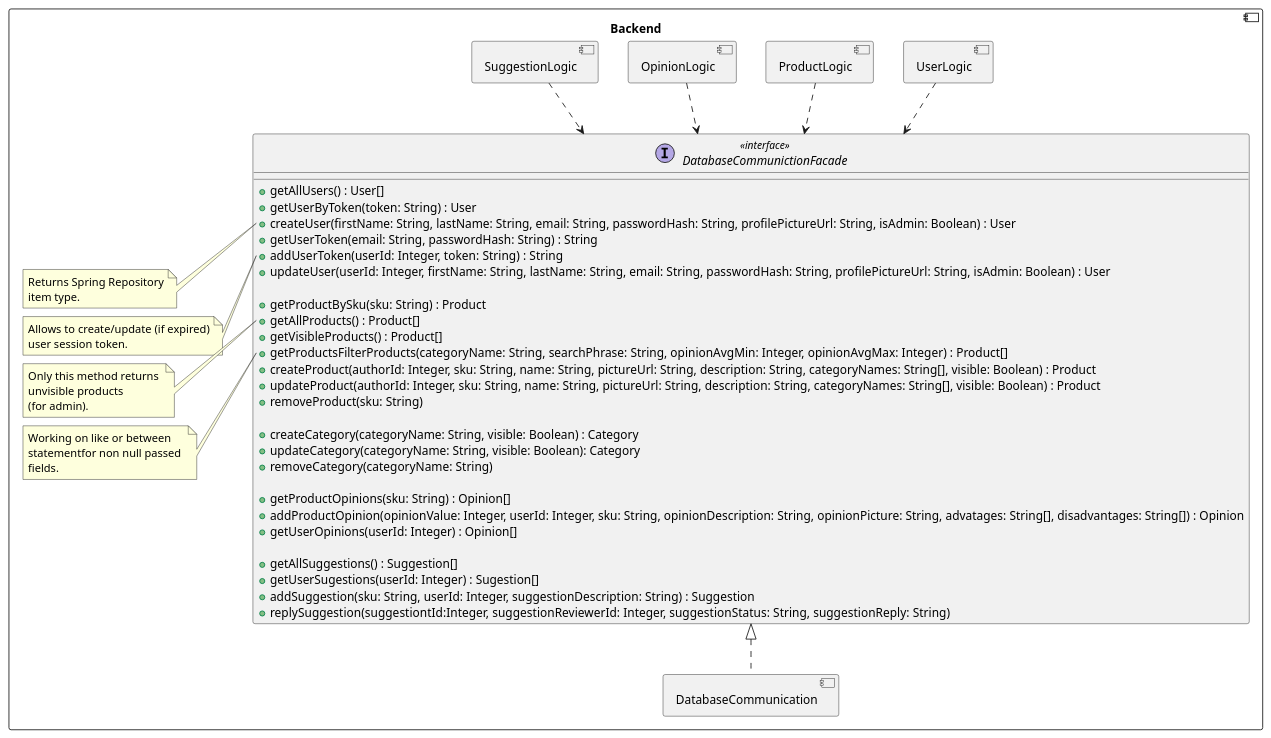
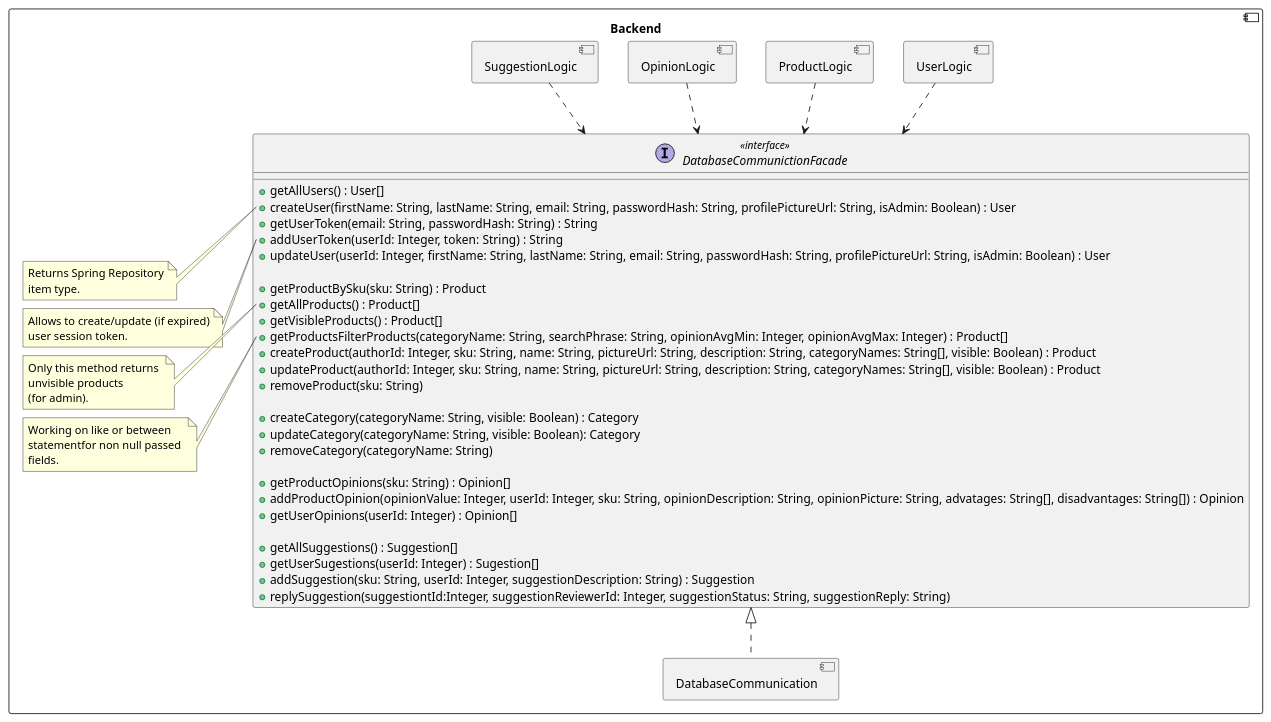
One commit to RadekBucki/OpinionCollectorArchitecture changed the second of 2 diagrams in backend/DatabaseCommunication.md. Above: the diagram before and after it, drawn with PlantUML. The commit also changed 1 other file, not shown here.

Commit message:
Update to auth

````diff
--- a/backend/DatabaseCommunication.md
+++ b/backend/DatabaseCommunication.md
@@ -27,75 +27,74 @@
 ```plantuml
 @startuml
 component Backend {
     component UserLogic {
     }
     component ProductLogic {
     }
     component OpinionLogic {
     }
     component SuggestionLogic {
     }
     
     component DatabaseCommunication {
     }
     
     interface DatabaseCommunictionFacade <<interface>> {
         + getAllUsers() : User[]
-        + getUserByToken(token: String) : User
         + createUser(firstName: String, lastName: String, email: String, passwordHash: String, profilePictureUrl: String, isAdmin: Boolean) : User
         + getUserToken(email: String, passwordHash: String) : String
         + addUserToken(userId: Integer, token: String) : String
         + updateUser(userId: Integer, firstName: String, lastName: String, email: String, passwordHash: String, profilePictureUrl: String, isAdmin: Boolean) : User
     
         + getProductBySku(sku: String) : Product
         + getAllProducts() : Product[]
         + getVisibleProducts() : Product[]
         + getProductsFilterProducts(categoryName: String, searchPhrase: String, opinionAvgMin: Integer, opinionAvgMax: Integer) : Product[]
         + createProduct(authorId: Integer, sku: String, name: String, pictureUrl: String, description: String, categoryNames: String[], visible: Boolean) : Product
         + updateProduct(authorId: Integer, sku: String, name: String, pictureUrl: String, description: String, categoryNames: String[], visible: Boolean) : Product
         + removeProduct(sku: String)
 
         + createCategory(categoryName: String, visible: Boolean) : Category
         + updateCategory(categoryName: String, visible: Boolean): Category
         + removeCategory(categoryName: String)
         
         + getProductOpinions(sku: String) : Opinion[]
         + addProductOpinion(opinionValue: Integer, userId: Integer, sku: String, opinionDescription: String, opinionPicture: String, advatages: String[], disadvantages: String[]) : Opinion
         + getUserOpinions(userId: Integer) : Opinion[]
         
         + getAllSuggestions() : Suggestion[]
         + getUserSugestions(userId: Integer) : Sugestion[]
         + addSuggestion(sku: String, userId: Integer, suggestionDescription: String) : Suggestion
         + replySuggestion(suggestiontId:Integer, suggestionReviewerId: Integer, suggestionStatus: String, suggestionReply: String)
     }
     note left of DatabaseCommunictionFacade::createUser
         Returns Spring Repository
         item type.
     endnote
     
     note left of DatabaseCommunictionFacade::addUserToken
         Allows to create/update (if expired)
         user session token.
     endnote
     
     note left of DatabaseCommunictionFacade::getAllProducts
         Only this method returns 
         unvisible products
         (for admin).
     endnote
     
     note left of DatabaseCommunictionFacade::getProductsFilterProducts
         Working on like or between 
         statementfor non null passed 
         fields.
     endnote
     
     UserLogic                   ..>  DatabaseCommunictionFacade
     ProductLogic                ..>  DatabaseCommunictionFacade
     OpinionLogic                ..>  DatabaseCommunictionFacade
     SuggestionLogic             ..>  DatabaseCommunictionFacade
     DatabaseCommunictionFacade  <|..  DatabaseCommunication
 }
 
 @enduml 
 ```
````
